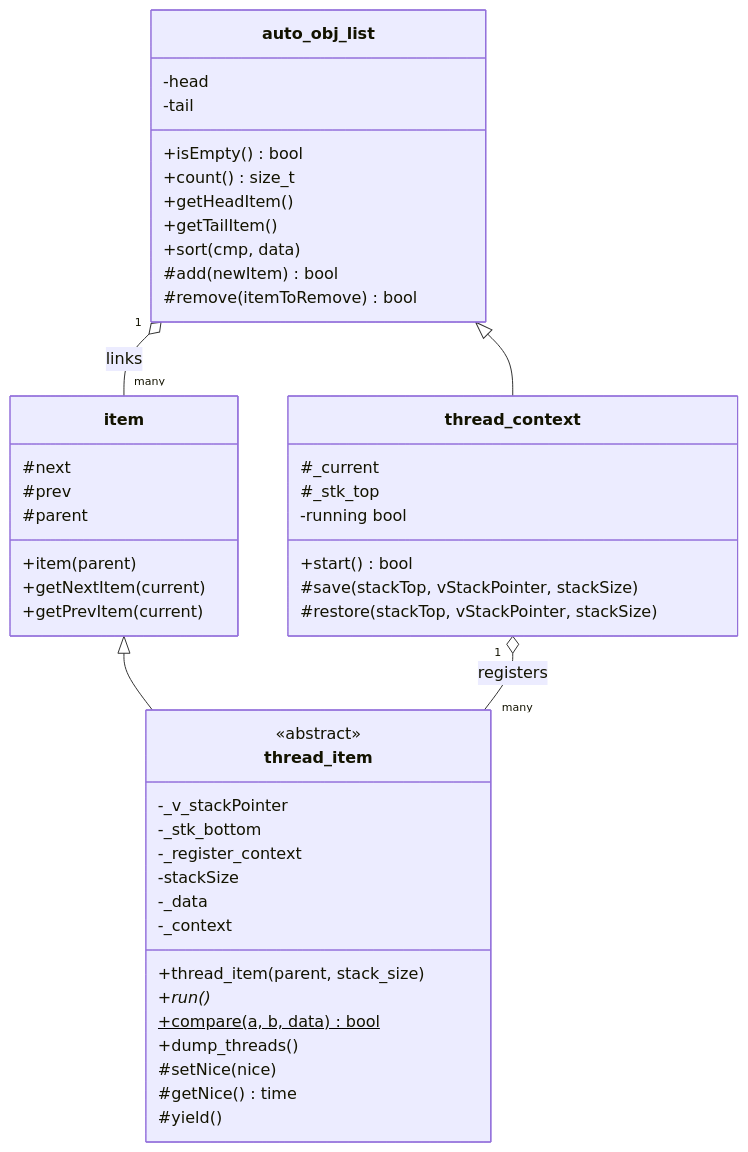
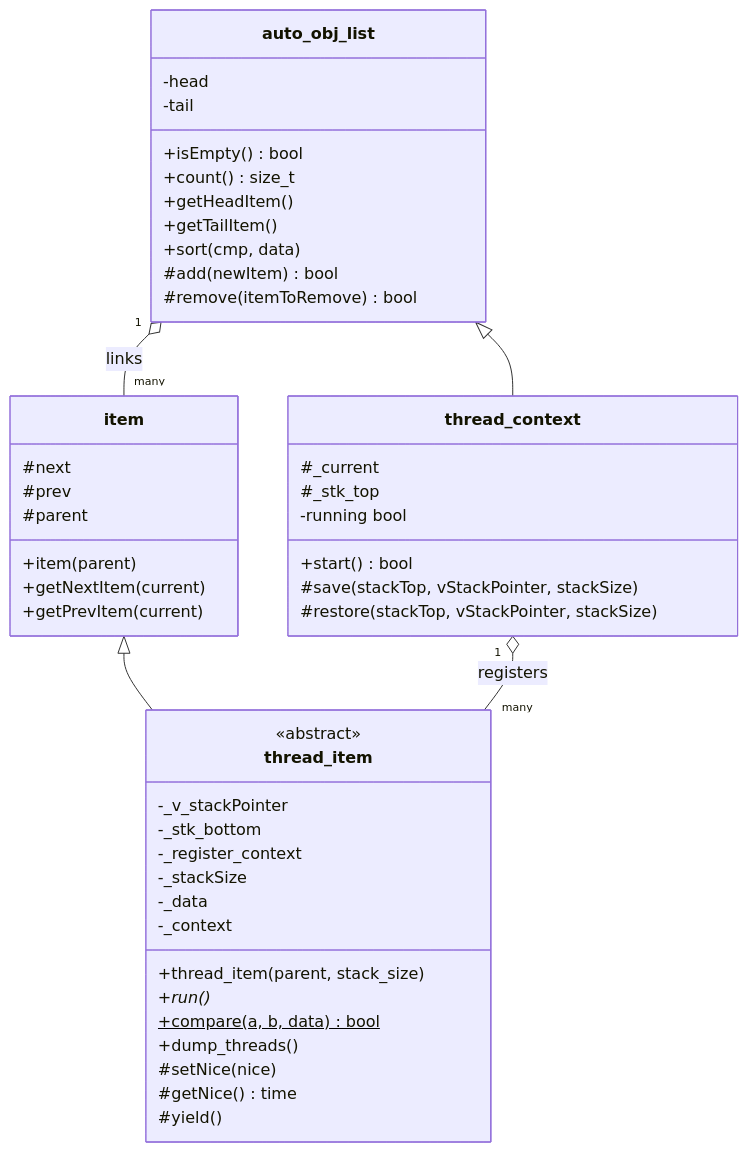
One commit to solariun/atomicx2 changed the fourth of 8 diagrams in spec.md. Above: the diagram before and after it, drawn with Mermaid. The commit also changed other lines of this file and 3 other files, not shown here.

````diff
--- a/spec.md
+++ b/spec.md
@@ -287,50 +293,50 @@
 ```mermaid
 classDiagram
     class auto_obj_list {
         +isEmpty() bool
         +count() size_t
         +getHeadItem()
         +getTailItem()
         +sort(cmp, data)
         #add(newItem) bool
         #remove(itemToRemove) bool
         -head
         -tail
     }
     class item {
         +item(parent)
         +getNextItem(current)
         +getPrevItem(current)
         #next
         #prev
         #parent
     }
     class thread_item {
         <<abstract>>
         +thread_item(parent, stack_size)
         +run()*
         +compare(a, b, data) bool$
         +dump_threads()
         #setNice(nice)
         #getNice() time
         #yield()
         -_v_stackPointer
         -_stk_bottom
         -_register_context
-        -stackSize
+        -_stackSize
         -_data
         -_context
     }
     class thread_context {
         +start() bool
         #save(stackTop, vStackPointer, stackSize)
         #restore(stackTop, vStackPointer, stackSize)
         #_current
         #_stk_top
         -running bool
     }
     auto_obj_list "1" o-- "many" item : links
     item <|-- thread_item
     auto_obj_list <|-- thread_context
     thread_context "1" o-- "many" thread_item : registers
 ```
````
